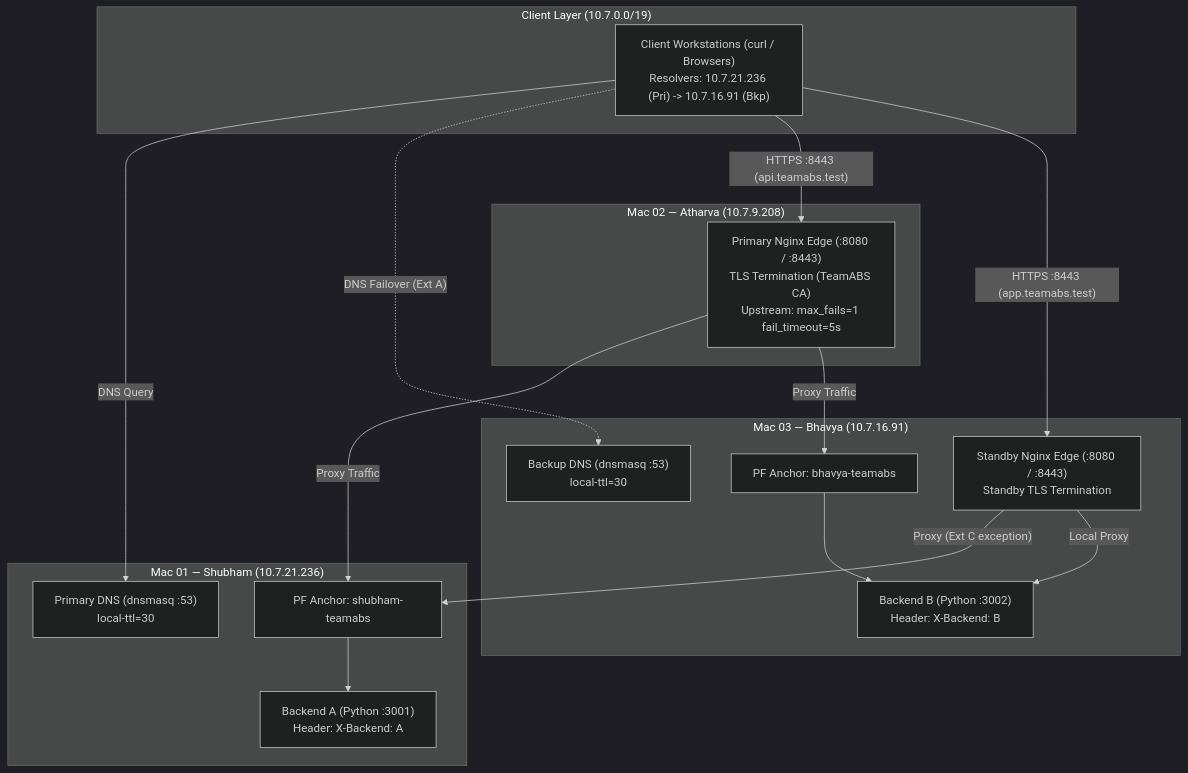
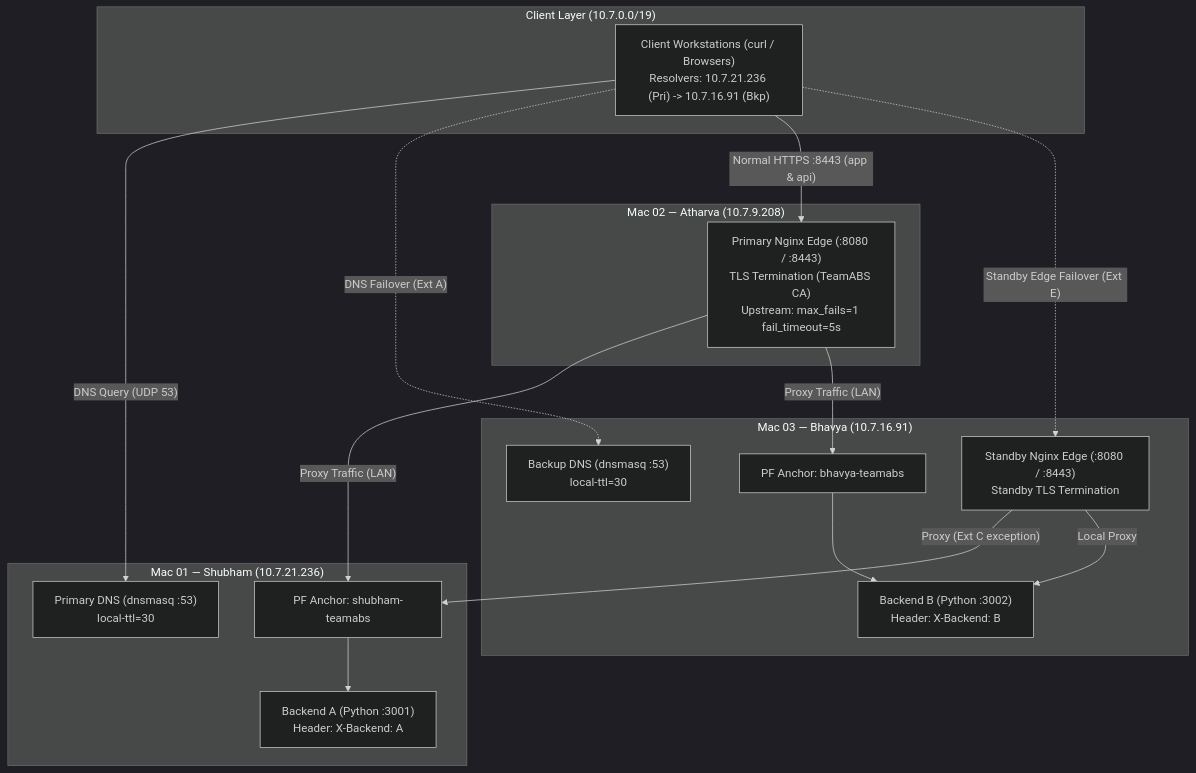
The diagram in README.md (Shubham-60/TeamABS), drawn with Mermaid (dark theme) before and after one commit. The commit also changed other lines of this file and 12 other files, not shown here.

````diff
--- a/README.md
+++ b/README.md
@@ -60,36 +61,36 @@
 ```mermaid
 flowchart TD
     subgraph Clients ["Client Layer (10.7.0.0/19)"]
         Client["Client Workstations (curl / Browsers)<br/>Resolvers: 10.7.21.236 (Pri) -> 10.7.16.91 (Bkp)"]
     end
 
     subgraph Mac1 ["Mac 01 — Shubham (10.7.21.236)"]
         PriDNS["Primary DNS (dnsmasq :53)<br/>local-ttl=30"]
         PF1["PF Anchor: shubham-teamabs"]
         BackA["Backend A (Python :3001)<br/>Header: X-Backend: A"]
         PF1 --> BackA
     end
 
     subgraph Mac2 ["Mac 02 — Atharva (10.7.9.208)"]
         PriEdge["Primary Nginx Edge (:8080 / :8443)<br/>TLS Termination (TeamABS CA)<br/>Upstream: max_fails=1 fail_timeout=5s"]
     end
 
     subgraph Mac3 ["Mac 03 — Bhavya (10.7.16.91)"]
         BkpDNS["Backup DNS (dnsmasq :53)<br/>local-ttl=30"]
         StdEdge["Standby Nginx Edge (:8080 / :8443)<br/>Standby TLS Termination"]
         PF3["PF Anchor: bhavya-teamabs"]
         BackB["Backend B (Python :3002)<br/>Header: X-Backend: B"]
         PF3 --> BackB
     end
 
-    Client -->|"DNS Query"| PriDNS
+    Client -->|"DNS Query (UDP 53)"| PriDNS
     Client -.->|"DNS Failover (Ext A)"| BkpDNS
-    Client -->|"HTTPS :8443 (api.teamabs.test)"| PriEdge
-    Client -->|"HTTPS :8443 (app.teamabs.test)"| StdEdge
+    Client -->|"Normal HTTPS :8443 (app & api)"| PriEdge
+    Client -.->|"Standby Edge Failover (Ext E)"| StdEdge
 
-    PriEdge -->|"Proxy Traffic"| PF1
-    PriEdge -->|"Proxy Traffic"| PF3
+    PriEdge -->|"Proxy Traffic (LAN)"| PF1
+    PriEdge -->|"Proxy Traffic (LAN)"| PF3
 
     StdEdge -->|"Proxy (Ext C exception)"| PF1
     StdEdge -->|"Local Proxy"| BackB
 ```
````
